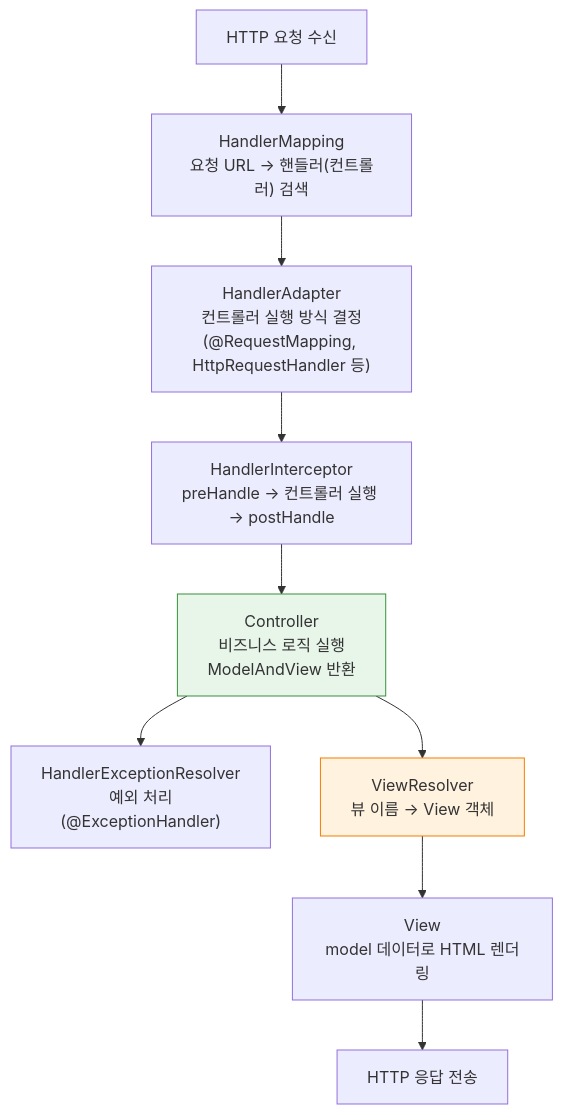
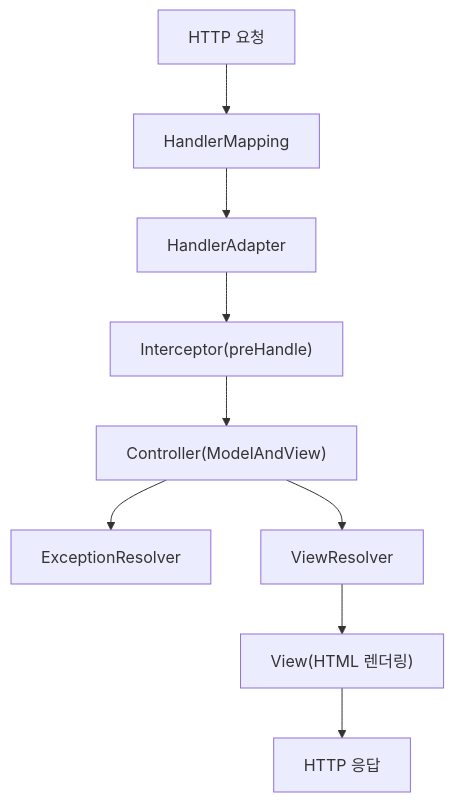
The fourth of 5 diagrams in _posts/spring/2020-08-10-스프링 동작 구조.md (yjkim2015/yjkim2015.github.io), drawn with Mermaid before and after one commit. The commit also changed other lines of this file and 215 other files, not shown here.

First line of the commit message:
신규 포스트 10개 추가 + Mermaid 전면 축소 + SystemDesign 시리즈 보강

````diff
--- a/_posts/spring/2020-08-10-스프링 동작 구조.md
+++ b/_posts/spring/2020-08-10-스프링 동작 구조.md
@@ -175,20 +166,11 @@
 ```mermaid
 graph TD
-    REQ["HTTP 요청 수신"]
-    HM["HandlerMapping\n요청 URL → 핸들러(컨트롤러) 검색"]
-    HA["HandlerAdapter\n컨트롤러 실행 방식 결정\n(@RequestMapping, HttpRequestHandler 등)"]
-    CTRL["Controller\n비즈니스 로직 실행\nModelAndView 반환"]
-    INTERCEPT["HandlerInterceptor\npreHandle → 컨트롤러 실행 → postHandle"]
-    EX["HandlerExceptionResolver\n예외 처리\n(@ExceptionHandler)"]
-    VR["ViewResolver\n뷰 이름 → View 객체"]
-    VIEW["View\nmodel 데이터로 HTML 렌더링"]
-    RESP["HTTP 응답 전송"]
-
-    REQ --> HM --> HA --> INTERCEPT --> CTRL
-    CTRL --> EX
-    CTRL --> VR
-    VR --> VIEW --> RESP
-
-    style CTRL fill:#e8f5e9,stroke:#388e3c
-    style VR fill:#fff3e0,stroke:#f57c00
+    REQ["HTTP 요청"] --> HM["HandlerMapping"]
+    HM --> HA["HandlerAdapter"]
+    HA --> IC["Interceptor(preHandle)"]
+    IC --> CTRL["Controller(ModelAndView)"]
+    CTRL --> EX["ExceptionResolver"]
+    CTRL --> VR["ViewResolver"]
+    VR --> VIEW["View(HTML 렌더링)"]
+    VIEW --> RESP["HTTP 응답"]
 ```
````
